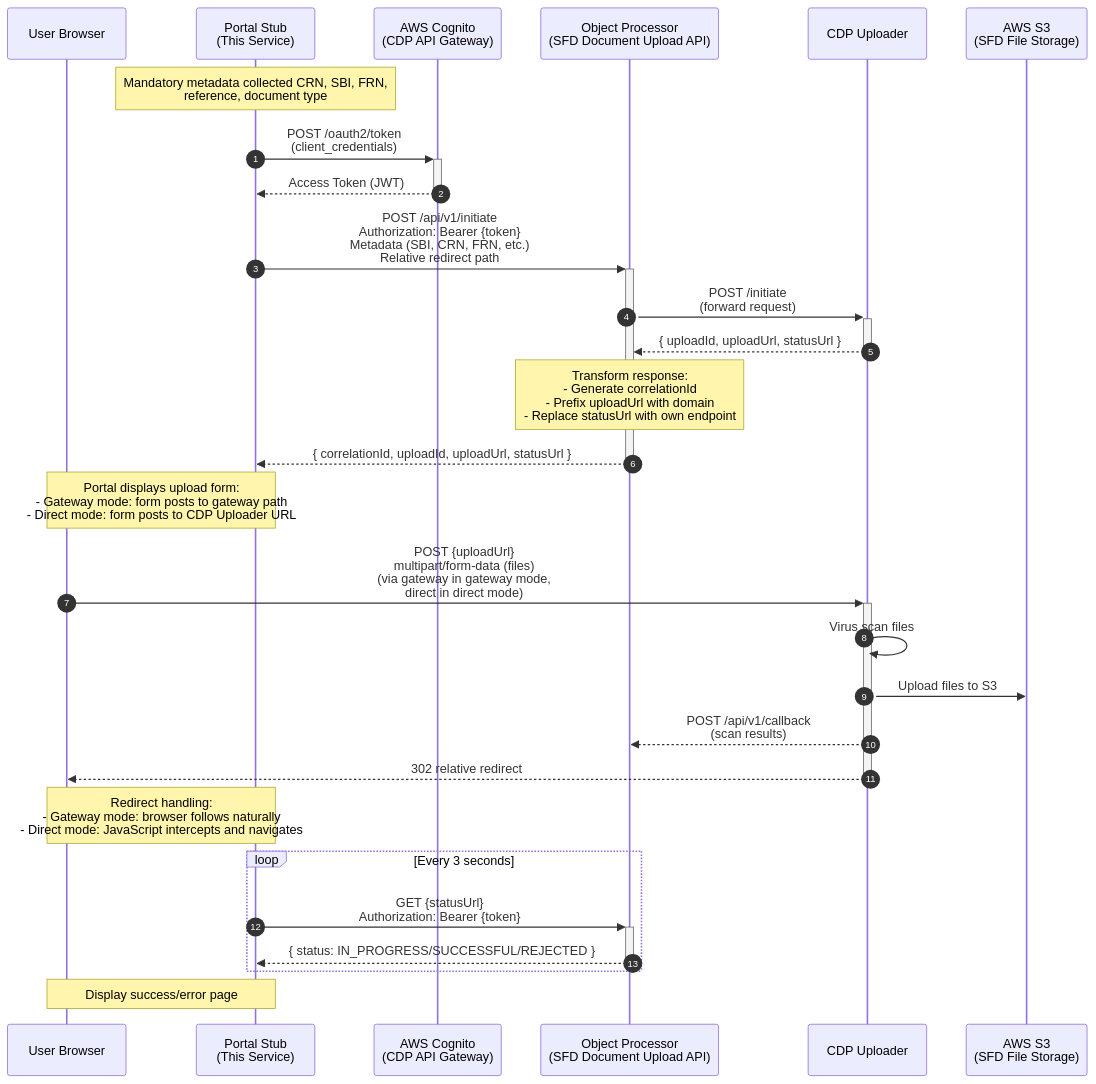
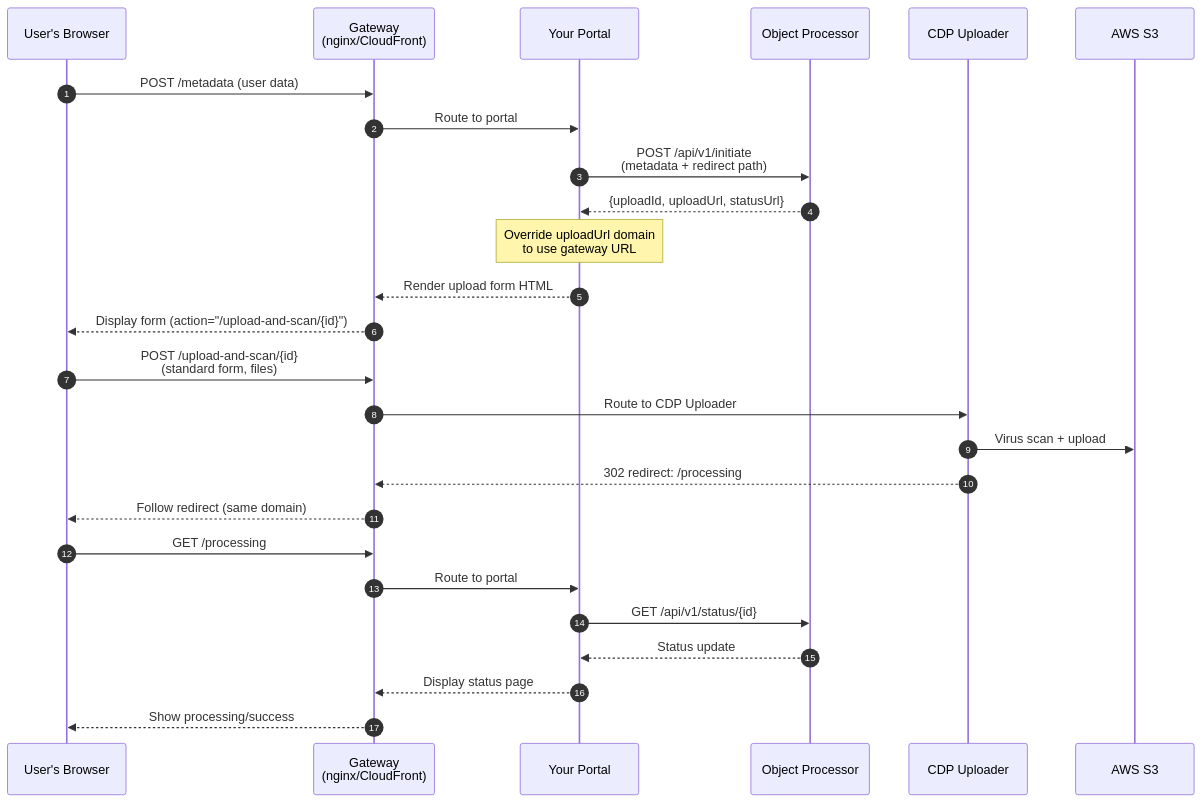
The first of 3 diagrams in README.md (DEFRA/fcp-sfd-portal-stub), drawn with Mermaid before and after one commit. The commit also changed other lines of this file and 38 other files, not shown here.

````diff
--- a/README.md
+++ b/README.md
@@ -24,38 +146,31 @@
 ```mermaid
 sequenceDiagram
     autonumber
-    participant User as User Browser
-    participant Portal as Portal Stub<br/>(This Service)
-    participant Cognito as AWS Cognito<br/>(CDP API Gateway)
-    participant Processor as Object Processor<br/>(SFD Document Upload API)
+    participant Browser as User's Browser
+    participant Gateway as Gateway<br/>(nginx/CloudFront)
+    participant Portal as Your Portal
+    participant Processor as Object Processor
     participant Uploader as CDP Uploader
-    participant S3 as AWS S3<br/>(SFD File Storage)
+    participant S3 as AWS S3
 
-    Note over Portal: Mandatory metadata collected CRN, SBI, FRN,<br/>reference, document type
+    Browser->>Gateway: POST /metadata (user data)
+    Gateway->>Portal: Route to portal
+    Portal->>Processor: POST /api/v1/initiate<br/>(metadata + redirect path)
+    Processor-->>Portal: {uploadId, uploadUrl, statusUrl}
+    Note over Portal: Override uploadUrl domain<br/>to use gateway URL
+    Portal-->>Gateway: Render upload form HTML
+    Gateway-->>Browser: Display form (action="/upload-and-scan/{id}")
     
-    Portal->>+Cognito: POST /oauth2/token<br/>(client_credentials)
-    Cognito-->>-Portal: Access Token (JWT)
+    Browser->>Gateway: POST /upload-and-scan/{id}<br/>(standard form, files)
+    Gateway->>Uploader: Route to CDP Uploader
+    Uploader->>S3: Virus scan + upload
+    Uploader-->>Gateway: 302 redirect: /processing
+    Gateway-->>Browser: Follow redirect (same domain)
     
-    Portal->>+Processor: POST /api/v1/initiate<br/>Authorization: Bearer {token}<br/>Metadata (SBI, CRN, FRN, etc.)<br/>Relative redirect path
-    Processor->>+Uploader: POST /initiate<br/>(forward request)
-    Uploader-->>-Processor: { uploadId, uploadUrl, statusUrl }
-    Note over Processor: Transform response:<br/>- Generate correlationId<br/>- Prefix uploadUrl with domain<br/>- Replace statusUrl with own endpoint
-    Processor-->>-Portal: { correlationId, uploadId, uploadUrl, statusUrl }
-    
-    Note over Portal,User: Portal displays upload form:<br/>- Gateway mode: form posts to gateway path<br/>- Direct mode: form posts to CDP Uploader URL
-
-    User->>+Uploader: POST {uploadUrl}<br/>multipart/form-data (files)<br/>(via gateway in gateway mode,<br/>direct in direct mode)
-    Uploader->>Uploader: Virus scan files
-    Uploader->>S3: Upload files to S3
-    Uploader-->>Processor: POST /api/v1/callback<br/>(scan results)
-    Uploader-->>-User: 302 relative redirect
-    
-    Note over User,Portal: Redirect handling:<br/>- Gateway mode: browser follows naturally<br/>- Direct mode: JavaScript intercepts and navigates
-    
-    loop Every 3 seconds
-        Portal->>+Processor: GET {statusUrl}<br/>Authorization: Bearer {token}
-        Processor-->>-Portal: { status: IN_PROGRESS/SUCCESSFUL/REJECTED }
-    end
-    
-    Note over Portal,User: Display success/error page
+    Browser->>Gateway: GET /processing
+    Gateway->>Portal: Route to portal
+    Portal->>Processor: GET /api/v1/status/{id}
+    Processor-->>Portal: Status update
+    Portal-->>Gateway: Display status page
+    Gateway-->>Browser: Show processing/success
 ```
````
